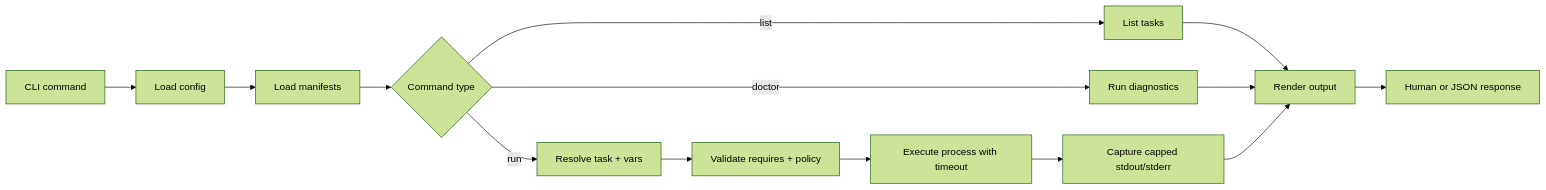
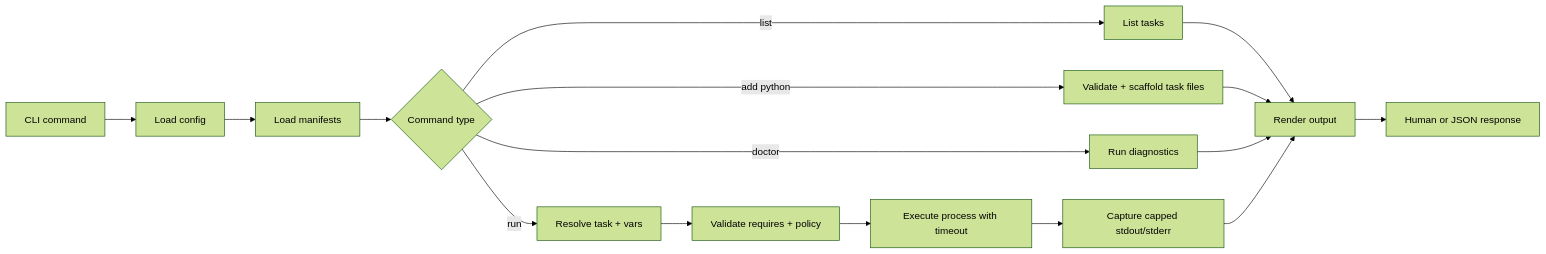
Before and after one commit to eemax/toolbox: the diagram in docs/architecture/TECHNICAL.md, drawn with Mermaid (forest theme). The commit also changed 16 other files, not shown here.

````diff
--- a/docs/architecture/TECHNICAL.md
+++ b/docs/architecture/TECHNICAL.md
@@ -20,16 +20,18 @@
 ```mermaid
 flowchart LR
   A[CLI command] --> B[Load config]
   B --> C[Load manifests]
   C --> D{Command type}
   D -->|list| E[List tasks]
+  D -->|add python| M[Validate + scaffold task files]
   D -->|doctor| F[Run diagnostics]
   D -->|run| G[Resolve task + vars]
   G --> H[Validate requires + policy]
   H --> I[Execute process with timeout]
   I --> J[Capture capped stdout/stderr]
   E --> K[Render output]
+  M --> K
   F --> K
   J --> K
   K --> L[Human or JSON response]
 ```
````
